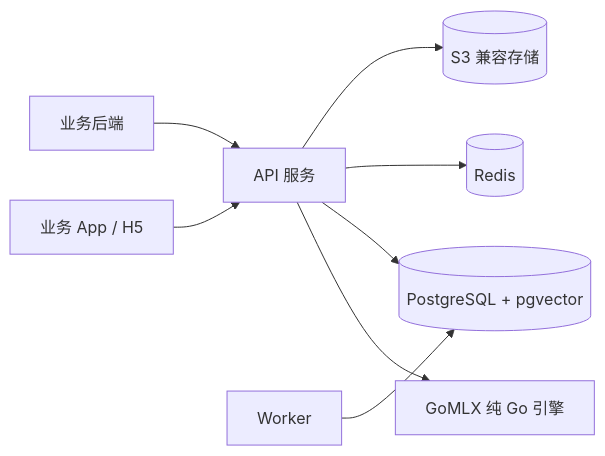
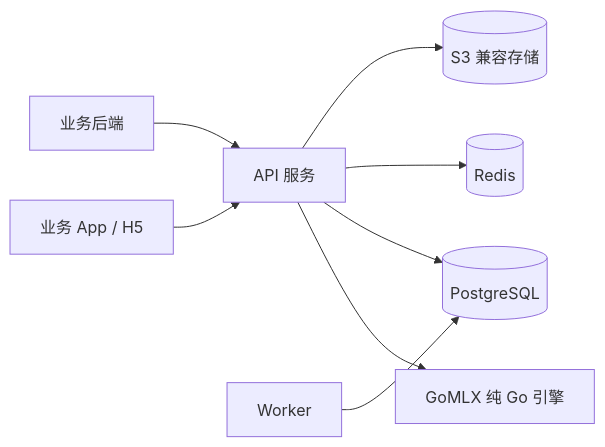
The second of 2 diagrams in docs/功能/01-项目架构.md (bambuo/facial-liveness-verification-go), drawn with Mermaid before and after one commit. The commit also changed 4 other files, not shown here.

````diff
--- a/docs/功能/01-项目架构.md
+++ b/docs/功能/01-项目架构.md
@@ -66,10 +66,10 @@
 ```mermaid
 flowchart LR
     App["业务 App / H5"] --> API["API 服务"]
     Biz["业务后端"] --> API
     API --> Engine["GoMLX 纯 Go 引擎"]
-    API --> PG[("PostgreSQL + pgvector")]
+    API --> PG[("PostgreSQL")]
     API --> Redis[("Redis")]
     API --> S3[("S3 兼容存储")]
     Worker["Worker"] --> PG
 ```
````
